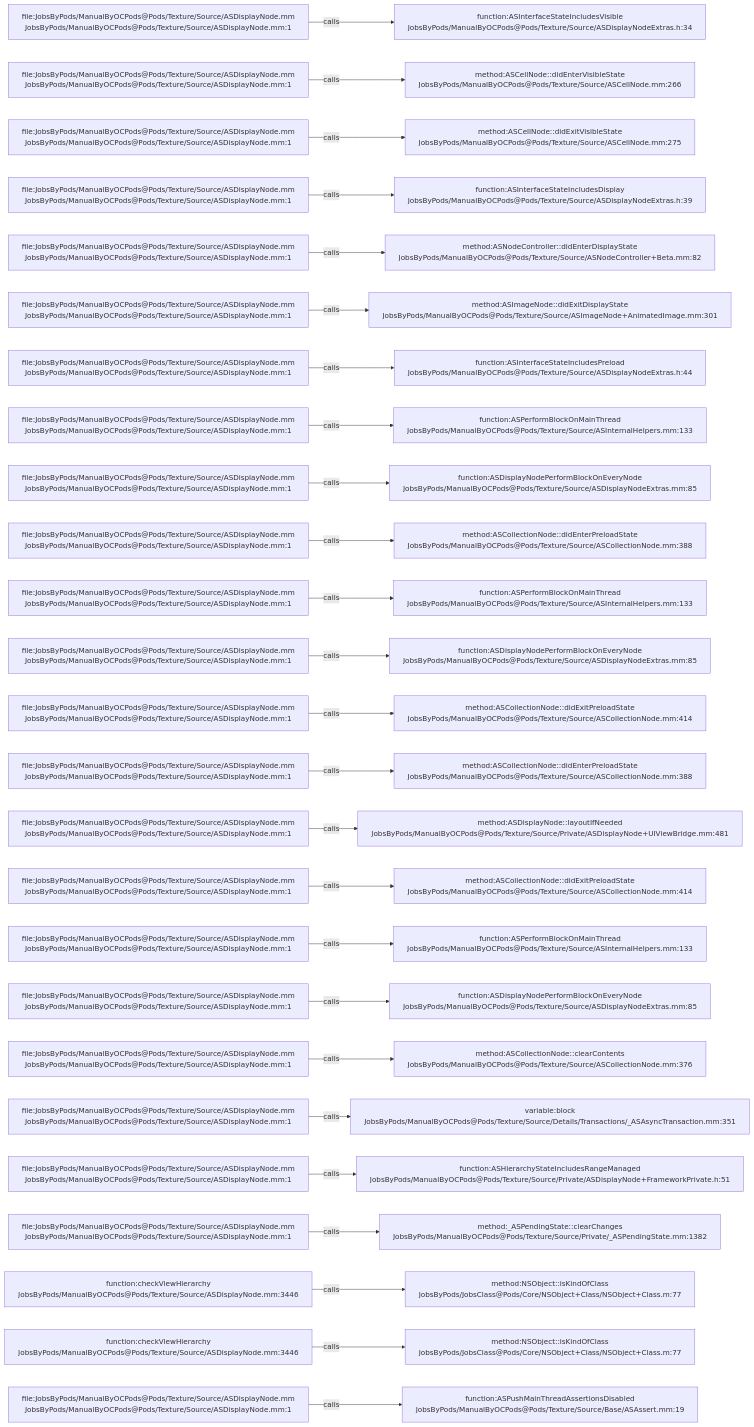
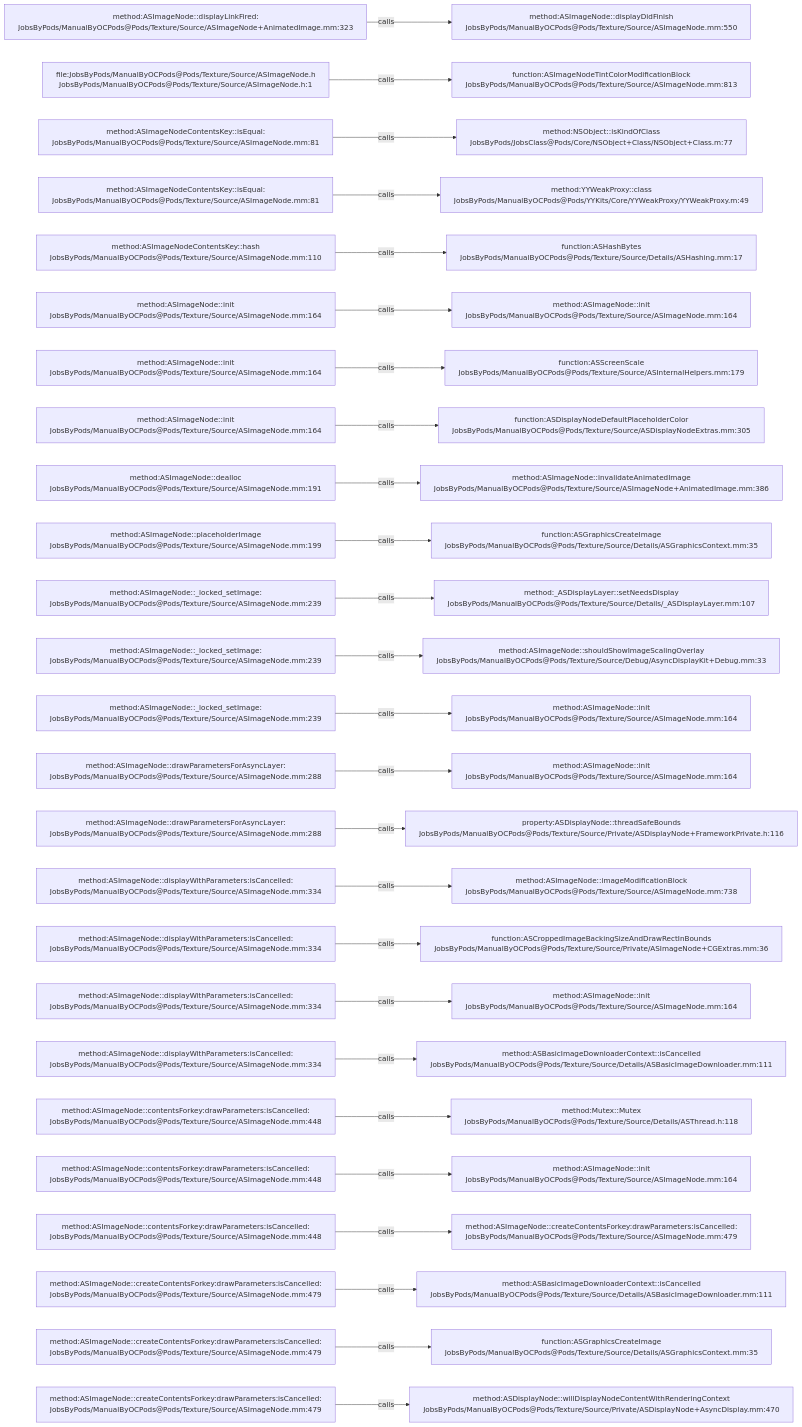
One commit to JobsKits/JobsOCBaseConfigDemo changed the diagram in .codegraph/codegraph.md/graphs/calls-111.md. Above: the diagram before and after it, drawn with Mermaid. The commit also changed 1223 other files, not shown here.

````diff
--- a/.codegraph/codegraph.md/graphs/calls-111.md
+++ b/.codegraph/codegraph.md/graphs/calls-111.md
@@ -13,78 +13,78 @@
 ```mermaid
 flowchart LR
-  S1["file:JobsByPods/ManualByOCPods@Pods/Texture/Source/ASDisplayNode.mm<br/>JobsByPods/ManualByOCPods@Pods/Texture/Source/ASDisplayNode.mm:1"]
-  T1["function:ASInterfaceStateIncludesVisible<br/>JobsByPods/ManualByOCPods@Pods/Texture/Source/ASDisplayNodeExtras.h:34"]
+  S1["method:ASImageNode::displayLinkFired:<br/>JobsByPods/ManualByOCPods@Pods/Texture/Source/ASImageNode+AnimatedImage.mm:323"]
+  T1["method:ASImageNode::displayDidFinish<br/>JobsByPods/ManualByOCPods@Pods/Texture/Source/ASImageNode.mm:550"]
   S1 -->|calls| T1
-  S2["file:JobsByPods/ManualByOCPods@Pods/Texture/Source/ASDisplayNode.mm<br/>JobsByPods/ManualByOCPods@Pods/Texture/Source/ASDisplayNode.mm:1"]
-  T2["method:ASCellNode::didEnterVisibleState<br/>JobsByPods/ManualByOCPods@Pods/Texture/Source/ASCellNode.mm:266"]
+  S2["file:JobsByPods/ManualByOCPods@Pods/Texture/Source/ASImageNode.h<br/>JobsByPods/ManualByOCPods@Pods/Texture/Source/ASImageNode.h:1"]
+  T2["function:ASImageNodeTintColorModificationBlock<br/>JobsByPods/ManualByOCPods@Pods/Texture/Source/ASImageNode.mm:813"]
   S2 -->|calls| T2
-  S3["file:JobsByPods/ManualByOCPods@Pods/Texture/Source/ASDisplayNode.mm<br/>JobsByPods/ManualByOCPods@Pods/Texture/Source/ASDisplayNode.mm:1"]
-  T3["method:ASCellNode::didExitVisibleState<br/>JobsByPods/ManualByOCPods@Pods/Texture/Source/ASCellNode.mm:275"]
+  S3["method:ASImageNodeContentsKey::isEqual:<br/>JobsByPods/ManualByOCPods@Pods/Texture/Source/ASImageNode.mm:81"]
+  T3["method:NSObject::isKindOfClass<br/>JobsByPods/JobsClass@Pods/Core/NSObject+Class/NSObject+Class.m:77"]
   S3 -->|calls| T3
-  S4["file:JobsByPods/ManualByOCPods@Pods/Texture/Source/ASDisplayNode.mm<br/>JobsByPods/ManualByOCPods@Pods/Texture/Source/ASDisplayNode.mm:1"]
-  T4["function:ASInterfaceStateIncludesDisplay<br/>JobsByPods/ManualByOCPods@Pods/Texture/Source/ASDisplayNodeExtras.h:39"]
+  S4["method:ASImageNodeContentsKey::isEqual:<br/>JobsByPods/ManualByOCPods@Pods/Texture/Source/ASImageNode.mm:81"]
+  T4["method:YYWeakProxy::class<br/>JobsByPods/ManualByOCPods@Pods/YYKits/Core/YYWeakProxy/YYWeakProxy.m:49"]
   S4 -->|calls| T4
-  S5["file:JobsByPods/ManualByOCPods@Pods/Texture/Source/ASDisplayNode.mm<br/>JobsByPods/ManualByOCPods@Pods/Texture/Source/ASDisplayNode.mm:1"]
-  T5["method:ASNodeController::didEnterDisplayState<br/>JobsByPods/ManualByOCPods@Pods/Texture/Source/ASNodeController+Beta.mm:82"]
+  S5["method:ASImageNodeContentsKey::hash<br/>JobsByPods/ManualByOCPods@Pods/Texture/Source/ASImageNode.mm:110"]
+  T5["function:ASHashBytes<br/>JobsByPods/ManualByOCPods@Pods/Texture/Source/Details/ASHashing.mm:17"]
   S5 -->|calls| T5
-  S6["file:JobsByPods/ManualByOCPods@Pods/Texture/Source/ASDisplayNode.mm<br/>JobsByPods/ManualByOCPods@Pods/Texture/Source/ASDisplayNode.mm:1"]
-  T6["method:ASImageNode::didExitDisplayState<br/>JobsByPods/ManualByOCPods@Pods/Texture/Source/ASImageNode+AnimatedImage.mm:301"]
+  S6["method:ASImageNode::init<br/>JobsByPods/ManualByOCPods@Pods/Texture/Source/ASImageNode.mm:164"]
+  T6["method:ASImageNode::init<br/>JobsByPods/ManualByOCPods@Pods/Texture/Source/ASImageNode.mm:164"]
   S6 -->|calls| T6
-  S7["file:JobsByPods/ManualByOCPods@Pods/Texture/Source/ASDisplayNode.mm<br/>JobsByPods/ManualByOCPods@Pods/Texture/Source/ASDisplayNode.mm:1"]
-  T7["function:ASInterfaceStateIncludesPreload<br/>JobsByPods/ManualByOCPods@Pods/Texture/Source/ASDisplayNodeExtras.h:44"]
+  S7["method:ASImageNode::init<br/>JobsByPods/ManualByOCPods@Pods/Texture/Source/ASImageNode.mm:164"]
+  T7["function:ASScreenScale<br/>JobsByPods/ManualByOCPods@Pods/Texture/Source/ASInternalHelpers.mm:179"]
   S7 -->|calls| T7
-  S8["file:JobsByPods/ManualByOCPods@Pods/Texture/Source/ASDisplayNode.mm<br/>JobsByPods/ManualByOCPods@Pods/Texture/Source/ASDisplayNode.mm:1"]
-  T8["function:ASPerformBlockOnMainThread<br/>JobsByPods/ManualByOCPods@Pods/Texture/Source/ASInternalHelpers.mm:133"]
+  S8["method:ASImageNode::init<br/>JobsByPods/ManualByOCPods@Pods/Texture/Source/ASImageNode.mm:164"]
+  T8["function:ASDisplayNodeDefaultPlaceholderColor<br/>JobsByPods/ManualByOCPods@Pods/Texture/Source/ASDisplayNodeExtras.mm:305"]
   S8 -->|calls| T8
-  S9["file:JobsByPods/ManualByOCPods@Pods/Texture/Source/ASDisplayNode.mm<br/>JobsByPods/ManualByOCPods@Pods/Texture/Source/ASDisplayNode.mm:1"]
-  T9["function:ASDisplayNodePerformBlockOnEveryNode<br/>JobsByPods/ManualByOCPods@Pods/Texture/Source/ASDisplayNodeExtras.mm:85"]
+  S9["method:ASImageNode::dealloc<br/>JobsByPods/ManualByOCPods@Pods/Texture/Source/ASImageNode.mm:191"]
+  T9["method:ASImageNode::invalidateAnimatedImage<br/>JobsByPods/ManualByOCPods@Pods/Texture/Source/ASImageNode+AnimatedImage.mm:386"]
   S9 -->|calls| T9
-  S10["file:JobsByPods/ManualByOCPods@Pods/Texture/Source/ASDisplayNode.mm<br/>JobsByPods/ManualByOCPods@Pods/Texture/Source/ASDisplayNode.mm:1"]
-  T10["method:ASCollectionNode::didEnterPreloadState<br/>JobsByPods/ManualByOCPods@Pods/Texture/Source/ASCollectionNode.mm:388"]
+  S10["method:ASImageNode::placeholderImage<br/>JobsByPods/ManualByOCPods@Pods/Texture/Source/ASImageNode.mm:199"]
+  T10["function:ASGraphicsCreateImage<br/>JobsByPods/ManualByOCPods@Pods/Texture/Source/Details/ASGraphicsContext.mm:35"]
   S10 -->|calls| T10
-  S11["file:JobsByPods/ManualByOCPods@Pods/Texture/Source/ASDisplayNode.mm<br/>JobsByPods/ManualByOCPods@Pods/Texture/Source/ASDisplayNode.mm:1"]
-  T11["function:ASPerformBlockOnMainThread<br/>JobsByPods/ManualByOCPods@Pods/Texture/Source/ASInternalHelpers.mm:133"]
+  S11["method:ASImageNode::_locked_setImage:<br/>JobsByPods/ManualByOCPods@Pods/Texture/Source/ASImageNode.mm:239"]
+  T11["method:_ASDisplayLayer::setNeedsDisplay<br/>JobsByPods/ManualByOCPods@Pods/Texture/Source/Details/_ASDisplayLayer.mm:107"]
   S11 -->|calls| T11
-  S12["file:JobsByPods/ManualByOCPods@Pods/Texture/Source/ASDisplayNode.mm<br/>JobsByPods/ManualByOCPods@Pods/Texture/Source/ASDisplayNode.mm:1"]
-  T12["function:ASDisplayNodePerformBlockOnEveryNode<br/>JobsByPods/ManualByOCPods@Pods/Texture/Source/ASDisplayNodeExtras.mm:85"]
+  S12["method:ASImageNode::_locked_setImage:<br/>JobsByPods/ManualByOCPods@Pods/Texture/Source/ASImageNode.mm:239"]
+  T12["method:ASImageNode::shouldShowImageScalingOverlay<br/>JobsByPods/ManualByOCPods@Pods/Texture/Source/Debug/AsyncDisplayKit+Debug.mm:33"]
   S12 -->|calls| T12
-  S13["file:JobsByPods/ManualByOCPods@Pods/Texture/Source/ASDisplayNode.mm<br/>JobsByPods/ManualByOCPods@Pods/Texture/Source/ASDisplayNode.mm:1"]
-  T13["method:ASCollectionNode::didExitPreloadState<br/>JobsByPods/ManualByOCPods@Pods/Texture/Source/ASCollectionNode.mm:414"]
+  S13["method:ASImageNode::_locked_setImage:<br/>JobsByPods/ManualByOCPods@Pods/Texture/Source/ASImageNode.mm:239"]
+  T13["method:ASImageNode::init<br/>JobsByPods/ManualByOCPods@Pods/Texture/Source/ASImageNode.mm:164"]
   S13 -->|calls| T13
-  S14["file:JobsByPods/ManualByOCPods@Pods/Texture/Source/ASDisplayNode.mm<br/>JobsByPods/ManualByOCPods@Pods/Texture/Source/ASDisplayNode.mm:1"]
-  T14["method:ASCollectionNode::didEnterPreloadState<br/>JobsByPods/ManualByOCPods@Pods/Texture/Source/ASCollectionNode.mm:388"]
+  S14["method:ASImageNode::drawParametersForAsyncLayer:<br/>JobsByPods/ManualByOCPods@Pods/Texture/Source/ASImageNode.mm:288"]
+  T14["method:ASImageNode::init<br/>JobsByPods/ManualByOCPods@Pods/Texture/Source/ASImageNode.mm:164"]
   S14 -->|calls| T14
-  S15["file:JobsByPods/ManualByOCPods@Pods/Texture/Source/ASDisplayNode.mm<br/>JobsByPods/ManualByOCPods@Pods/Texture/Source/ASDisplayNode.mm:1"]
-  T15["method:ASDisplayNode::layoutIfNeeded<br/>JobsByPods/ManualByOCPods@Pods/Texture/Source/Private/ASDisplayNode+UIViewBridge.mm:481"]
+  S15["method:ASImageNode::drawParametersForAsyncLayer:<br/>JobsByPods/ManualByOCPods@Pods/Texture/Source/ASImageNode.mm:288"]
+  T15["property:ASDisplayNode::threadSafeBounds<br/>JobsByPods/ManualByOCPods@Pods/Texture/Source/Private/ASDisplayNode+FrameworkPrivate.h:116"]
   S15 -->|calls| T15
-  S16["file:JobsByPods/ManualByOCPods@Pods/Texture/Source/ASDisplayNode.mm<br/>JobsByPods/ManualByOCPods@Pods/Texture/Source/ASDisplayNode.mm:1"]
-  T16["method:ASCollectionNode::didExitPreloadState<br/>JobsByPods/ManualByOCPods@Pods/Texture/Source/ASCollectionNode.mm:414"]
+  S16["method:ASImageNode::displayWithParameters:isCancelled:<br/>JobsByPods/ManualByOCPods@Pods/Texture/Source/ASImageNode.mm:334"]
+  T16["method:ASImageNode::imageModificationBlock<br/>JobsByPods/ManualByOCPods@Pods/Texture/Source/ASImageNode.mm:738"]
   S16 -->|calls| T16
-  S17["file:JobsByPods/ManualByOCPods@Pods/Texture/Source/ASDisplayNode.mm<br/>JobsByPods/ManualByOCPods@Pods/Texture/Source/ASDisplayNode.mm:1"]
-  T17["function:ASPerformBlockOnMainThread<br/>JobsByPods/ManualByOCPods@Pods/Texture/Source/ASInternalHelpers.mm:133"]
+  S17["method:ASImageNode::displayWithParameters:isCancelled:<br/>JobsByPods/ManualByOCPods@Pods/Texture/Source/ASImageNode.mm:334"]
+  T17["function:ASCroppedImageBackingSizeAndDrawRectInBounds<br/>JobsByPods/ManualByOCPods@Pods/Texture/Source/Private/ASImageNode+CGExtras.mm:36"]
   S17 -->|calls| T17
-  S18["file:JobsByPods/ManualByOCPods@Pods/Texture/Source/ASDisplayNode.mm<br/>JobsByPods/ManualByOCPods@Pods/Texture/Source/ASDisplayNode.mm:1"]
-  T18["function:ASDisplayNodePerformBlockOnEveryNode<br/>JobsByPods/ManualByOCPods@Pods/Texture/Source/ASDisplayNodeExtras.mm:85"]
+  S18["method:ASImageNode::displayWithParameters:isCancelled:<br/>JobsByPods/ManualByOCPods@Pods/Texture/Source/ASImageNode.mm:334"]
+  T18["method:ASImageNode::init<br/>JobsByPods/ManualByOCPods@Pods/Texture/Source/ASImageNode.mm:164"]
   S18 -->|calls| T18
-  S19["file:JobsByPods/ManualByOCPods@Pods/Texture/Source/ASDisplayNode.mm<br/>JobsByPods/ManualByOCPods@Pods/Texture/Source/ASDisplayNode.mm:1"]
-  T19["method:ASCollectionNode::clearContents<br/>JobsByPods/ManualByOCPods@Pods/Texture/Source/ASCollectionNode.mm:376"]
+  S19["method:ASImageNode::displayWithParameters:isCancelled:<br/>JobsByPods/ManualByOCPods@Pods/Texture/Source/ASImageNode.mm:334"]
+  T19["method:ASBasicImageDownloaderContext::isCancelled<br/>JobsByPods/ManualByOCPods@Pods/Texture/Source/Details/ASBasicImageDownloader.mm:111"]
   S19 -->|calls| T19
-  S20["file:JobsByPods/ManualByOCPods@Pods/Texture/Source/ASDisplayNode.mm<br/>JobsByPods/ManualByOCPods@Pods/Texture/Source/ASDisplayNode.mm:1"]
-  T20["variable:block<br/>JobsByPods/ManualByOCPods@Pods/Texture/Source/Details/Transactions/_ASAsyncTransaction.mm:351"]
+  S20["method:ASImageNode::contentsForkey:drawParameters:isCancelled:<br/>JobsByPods/ManualByOCPods@Pods/Texture/Source/ASImageNode.mm:448"]
+  T20["method:Mutex::Mutex<br/>JobsByPods/ManualByOCPods@Pods/Texture/Source/Details/ASThread.h:118"]
   S20 -->|calls| T20
-  S21["file:JobsByPods/ManualByOCPods@Pods/Texture/Source/ASDisplayNode.mm<br/>JobsByPods/ManualByOCPods@Pods/Texture/Source/ASDisplayNode.mm:1"]
-  T21["function:ASHierarchyStateIncludesRangeManaged<br/>JobsByPods/ManualByOCPods@Pods/Texture/Source/Private/ASDisplayNode+FrameworkPrivate.h:51"]
+  S21["method:ASImageNode::contentsForkey:drawParameters:isCancelled:<br/>JobsByPods/ManualByOCPods@Pods/Texture/Source/ASImageNode.mm:448"]
+  T21["method:ASImageNode::init<br/>JobsByPods/ManualByOCPods@Pods/Texture/Source/ASImageNode.mm:164"]
   S21 -->|calls| T21
-  S22["file:JobsByPods/ManualByOCPods@Pods/Texture/Source/ASDisplayNode.mm<br/>JobsByPods/ManualByOCPods@Pods/Texture/Source/ASDisplayNode.mm:1"]
-  T22["method:_ASPendingState::clearChanges<br/>JobsByPods/ManualByOCPods@Pods/Texture/Source/Private/_ASPendingState.mm:1382"]
+  S22["method:ASImageNode::contentsForkey:drawParameters:isCancelled:<br/>JobsByPods/ManualByOCPods@Pods/Texture/Source/ASImageNode.mm:448"]
+  T22["method:ASImageNode::createContentsForkey:drawParameters:isCancelled:<br/>JobsByPods/ManualByOCPods@Pods/Texture/Source/ASImageNode.mm:479"]
   S22 -->|calls| T22
-  S23["function:checkViewHierarchy<br/>JobsByPods/ManualByOCPods@Pods/Texture/Source/ASDisplayNode.mm:3446"]
-  T23["method:NSObject::isKindOfClass<br/>JobsByPods/JobsClass@Pods/Core/NSObject+Class/NSObject+Class.m:77"]
+  S23["method:ASImageNode::createContentsForkey:drawParameters:isCancelled:<br/>JobsByPods/ManualByOCPods@Pods/Texture/Source/ASImageNode.mm:479"]
+  T23["method:ASBasicImageDownloaderContext::isCancelled<br/>JobsByPods/ManualByOCPods@Pods/Texture/Source/Details/ASBasicImageDownloader.mm:111"]
   S23 -->|calls| T23
-  S24["function:checkViewHierarchy<br/>JobsByPods/ManualByOCPods@Pods/Texture/Source/ASDisplayNode.mm:3446"]
-  T24["method:NSObject::isKindOfClass<br/>JobsByPods/JobsClass@Pods/Core/NSObject+Class/NSObject+Class.m:77"]
+  S24["method:ASImageNode::createContentsForkey:drawParameters:isCancelled:<br/>JobsByPods/ManualByOCPods@Pods/Texture/Source/ASImageNode.mm:479"]
+  T24["function:ASGraphicsCreateImage<br/>JobsByPods/ManualByOCPods@Pods/Texture/Source/Details/ASGraphicsContext.mm:35"]
   S24 -->|calls| T24
-  S25["file:JobsByPods/ManualByOCPods@Pods/Texture/Source/ASDisplayNode.mm<br/>JobsByPods/ManualByOCPods@Pods/Texture/Source/ASDisplayNode.mm:1"]
-  T25["function:ASPushMainThreadAssertionsDisabled<br/>JobsByPods/ManualByOCPods@Pods/Texture/Source/Base/ASAssert.mm:19"]
+  S25["method:ASImageNode::createContentsForkey:drawParameters:isCancelled:<br/>JobsByPods/ManualByOCPods@Pods/Texture/Source/ASImageNode.mm:479"]
+  T25["method:ASDisplayNode::willDisplayNodeContentWithRenderingContext<br/>JobsByPods/ManualByOCPods@Pods/Texture/Source/Private/ASDisplayNode+AsyncDisplay.mm:470"]
   S25 -->|calls| T25
 ```
````
